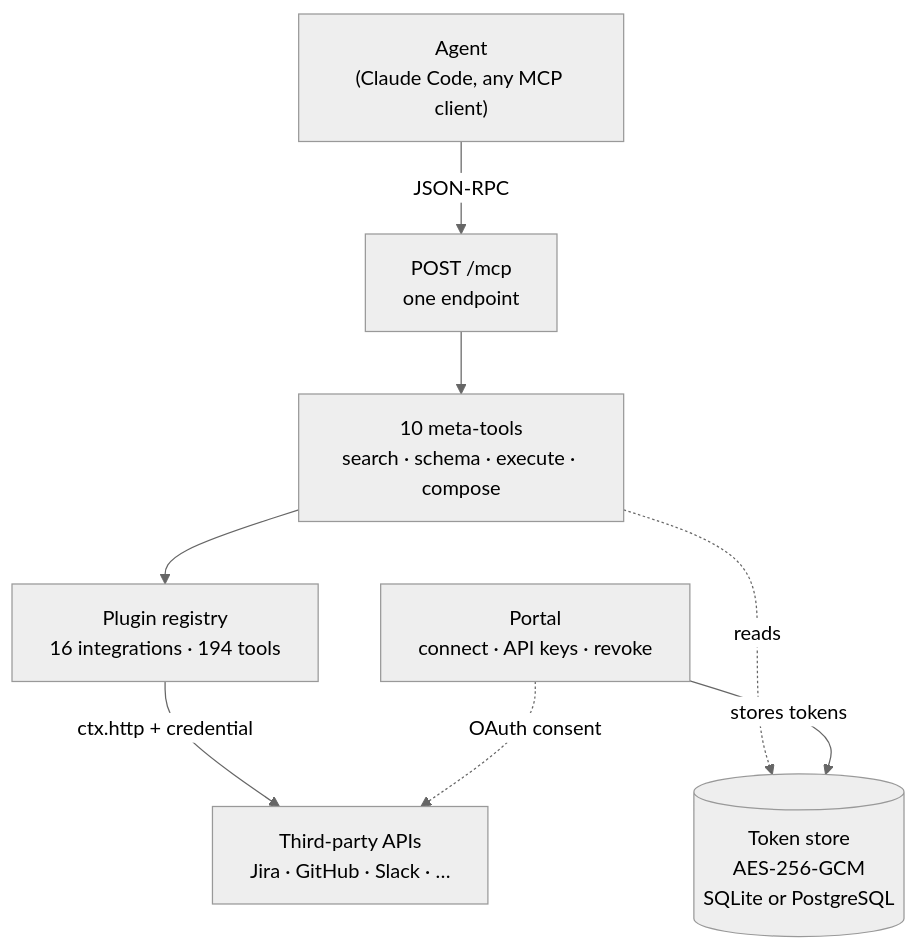
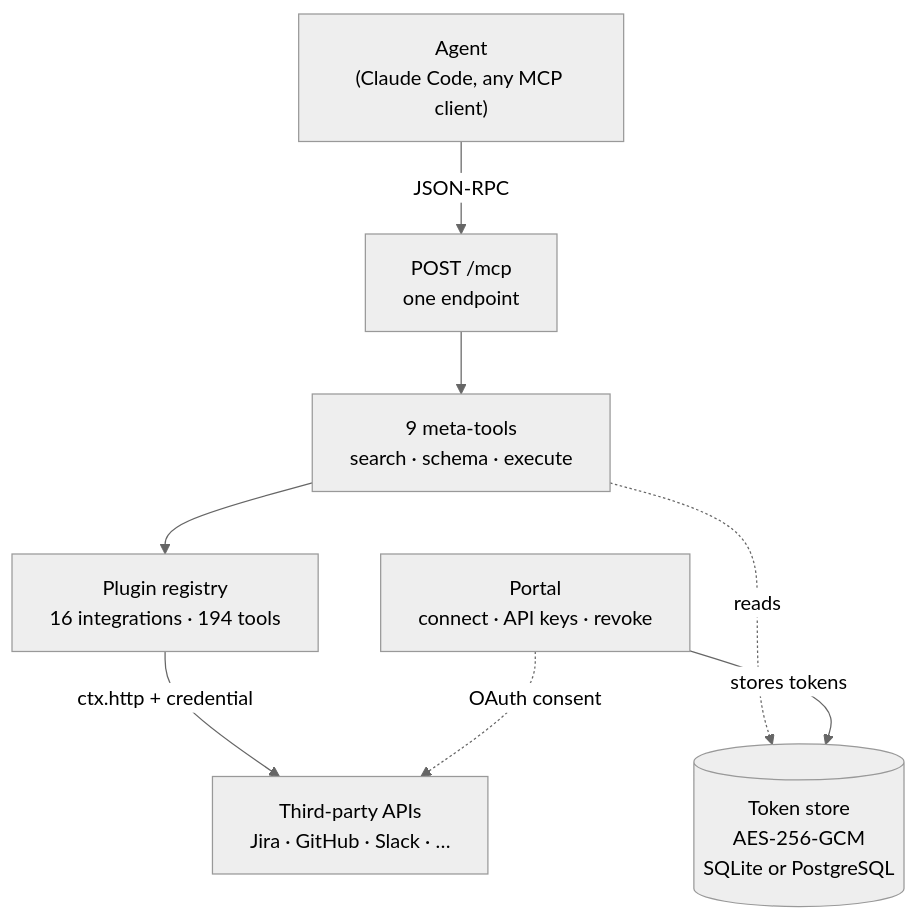
The diagram in docs/site/_content/index.md (amarthaid/workbench), drawn with Mermaid (neutral theme) before and after one commit. The commit also changed other lines of this file and 16 other files, not shown here.

First line of the commit message:
refactor(mcp): fold compose into execute_tools behind compose: true

````diff
--- a/docs/site/_content/index.md
+++ b/docs/site/_content/index.md
@@ -18,18 +18,18 @@
 ```mermaid
 flowchart TB
   Agent["Agent<br/>(Claude Code, any MCP client)"]
   MCP["POST /mcp<br/>one endpoint"]
-  Meta["10 meta-tools<br/>search · schema · execute · compose"]
+  Meta["9 meta-tools<br/>search · schema · execute"]
   Reg["Plugin registry<br/>16 integrations · 194 tools"]
   Portal["Portal<br/>connect · API keys · revoke"]
   Store[("Token store<br/>AES-256-GCM<br/>SQLite or PostgreSQL")]
   APIs["Third-party APIs<br/>Jira · GitHub · Slack · …"]
 
   Agent -->|JSON-RPC| MCP
   MCP --> Meta
   Meta --> Reg
   Reg -->|ctx.http + credential| APIs
   Meta -.reads.-> Store
   Portal -->|stores tokens| Store
   Portal -.OAuth consent.-> APIs
 ```
````
